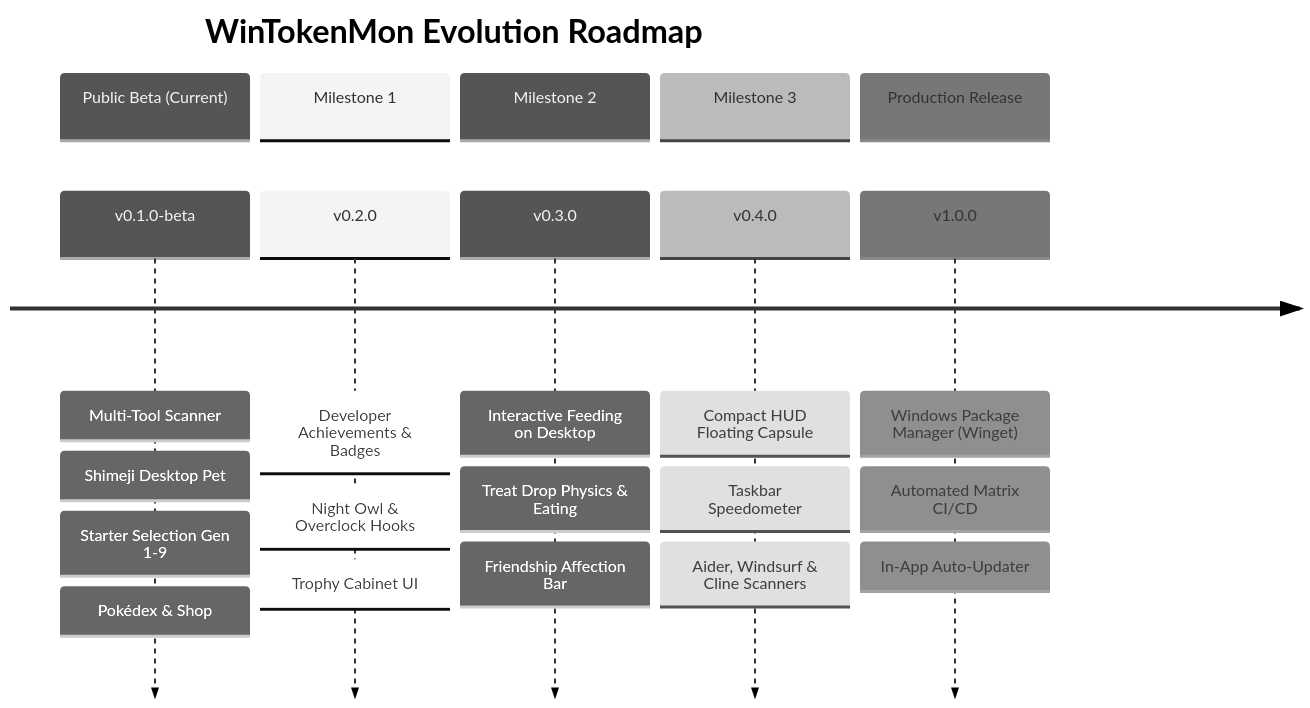
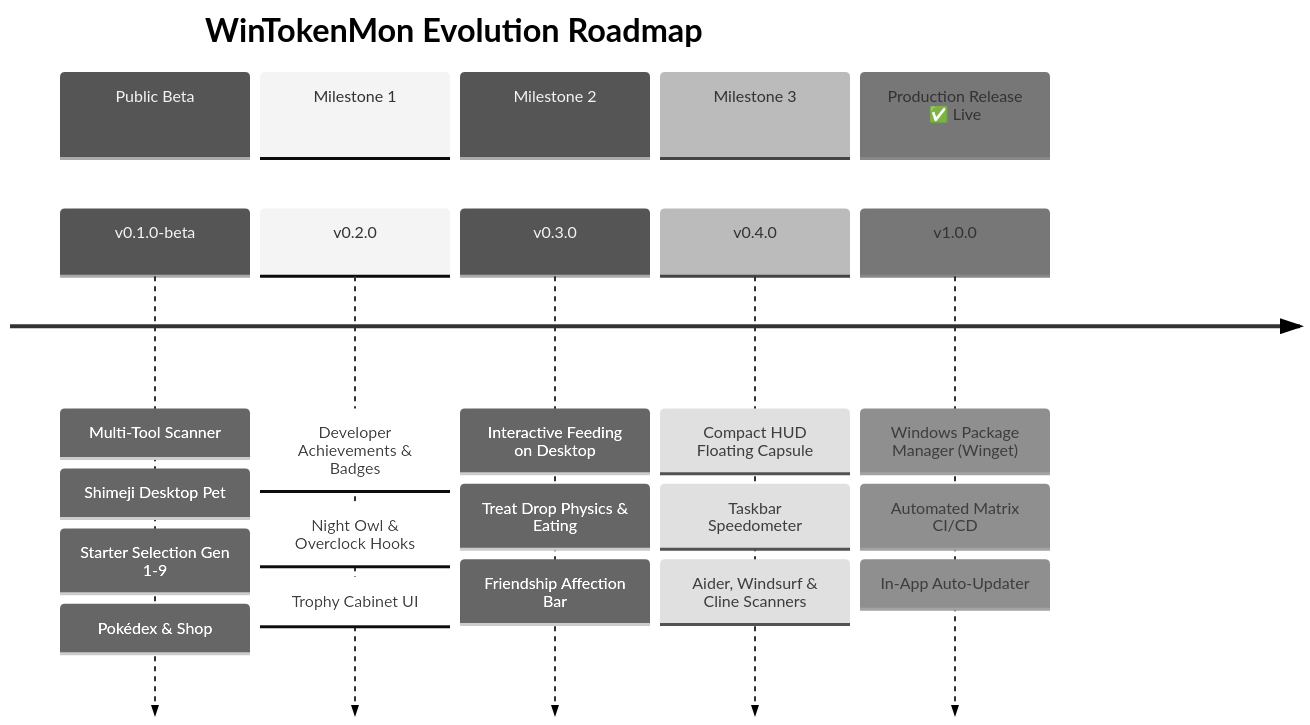
One commit to JustALearner101/WinTokenMon changed the diagram in docs/plans/README.md. Above: the diagram before and after it, drawn with Mermaid (neutral theme). The commit also changed 11 other files, not shown here.

````diff
--- a/docs/plans/README.md
+++ b/docs/plans/README.md
@@ -9,14 +9,14 @@
 ```mermaid
 timeline
     title WinTokenMon Evolution Roadmap
-    section Public Beta (Current)
+    section Public Beta
         v0.1.0-beta : Multi-Tool Scanner : Shimeji Desktop Pet : Starter Selection Gen 1-9 : Pokédex & Shop
     section Milestone 1
         v0.2.0 : Developer Achievements & Badges : Night Owl & Overclock Hooks : Trophy Cabinet UI
     section Milestone 2
         v0.3.0 : Interactive Feeding on Desktop : Treat Drop Physics & Eating : Friendship Affection Bar
     section Milestone 3
         v0.4.0 : Compact HUD Floating Capsule : Taskbar Speedometer : Aider, Windsurf & Cline Scanners
-    section Production Release
+    section Production Release ✅ Live
         v1.0.0 : Windows Package Manager (Winget) : Automated Matrix CI/CD : In-App Auto-Updater
 ```
````
